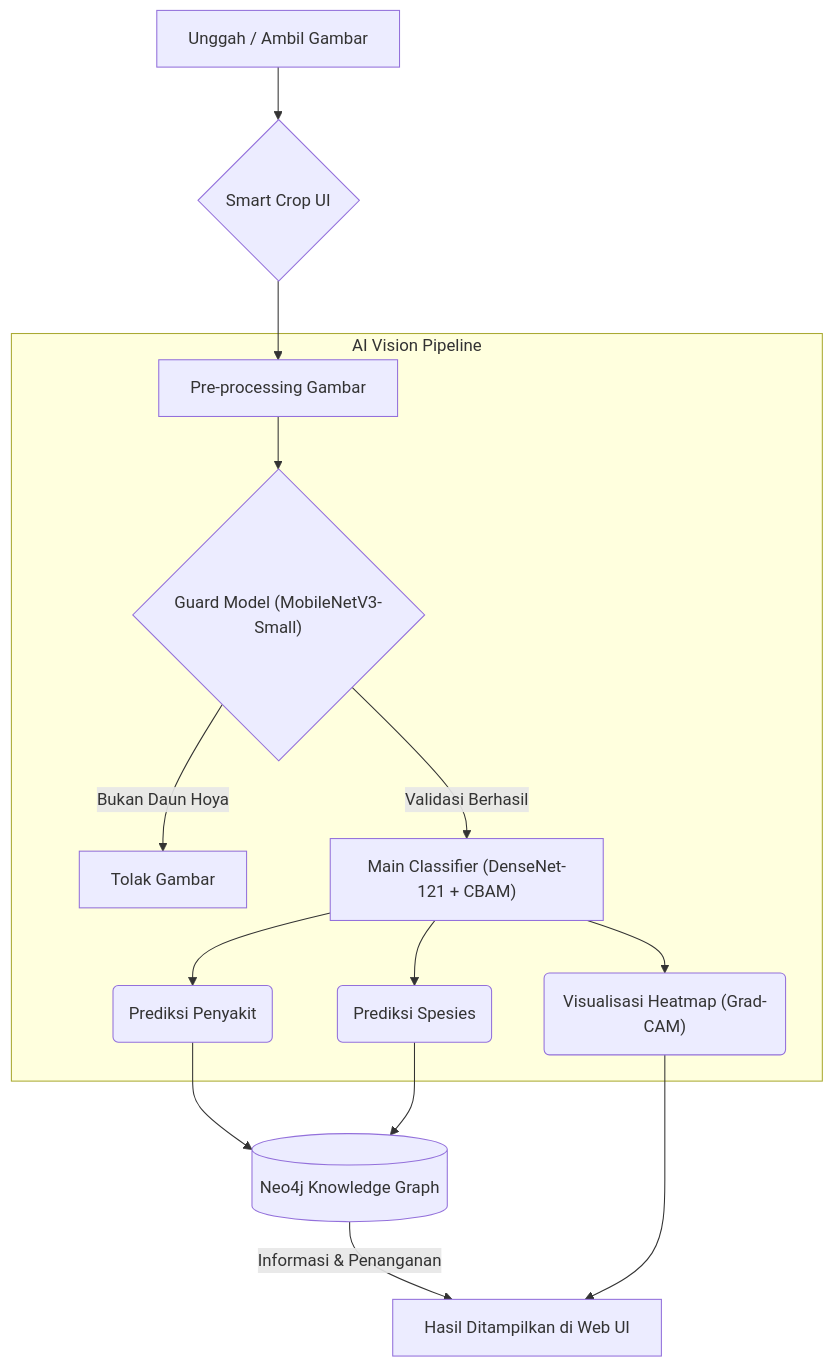
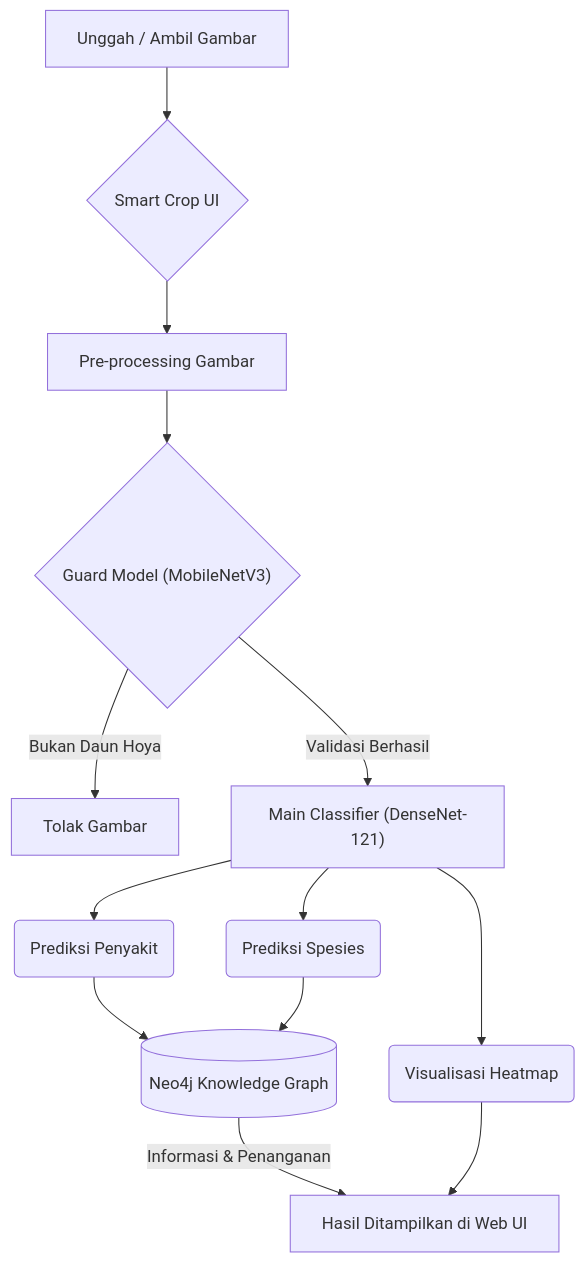
One commit to fabiobanyu/MBKM-Hoya-Leaf-Disease-Detection changed the diagram in README.md. Above: the diagram before and after it, drawn with Mermaid. The commit also changed other lines of this file, not shown here.

Commit message:
Remove broken logo image and fix Mermaid diagram background by removing subgraph wrapper

````diff
--- a/README.md
+++ b/README.md
@@ -68,21 +67,19 @@
 ```mermaid
 graph TD
     A["Unggah / Ambil Gambar"] --> B{"Smart Crop UI"}
     B --> C["Pre-processing Gambar"]
     
-    subgraph "AI Vision Pipeline"
-        C --> D{"Guard Model (MobileNetV3-Small)"}
-        D -- "Bukan Daun Hoya" --> E["Tolak Gambar"]
-        D -- "Validasi Berhasil" --> F["Main Classifier (DenseNet-121 + CBAM)"]
-        
-        F --> G1("Prediksi Penyakit")
-        F --> G2("Prediksi Spesies")
-        F --> G3("Visualisasi Heatmap (Grad-CAM)")
-    end
+    C --> D{"Guard Model (MobileNetV3)"}
+    D -- "Bukan Daun Hoya" --> E["Tolak Gambar"]
+    D -- "Validasi Berhasil" --> F["Main Classifier (DenseNet-121)"]
+    
+    F --> G1("Prediksi Penyakit")
+    F --> G2("Prediksi Spesies")
+    F --> G3("Visualisasi Heatmap")
     
     G1 --> H[("Neo4j Knowledge Graph")]
     G2 --> H
     
     H -- "Informasi & Penanganan" --> I["Hasil Ditampilkan di Web UI"]
     G3 --> I
 ```
````
